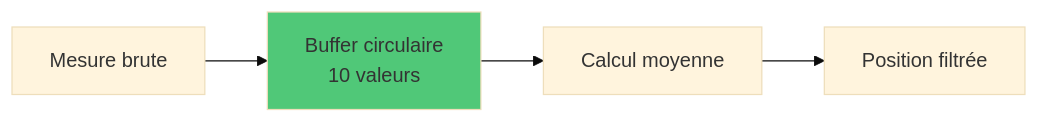
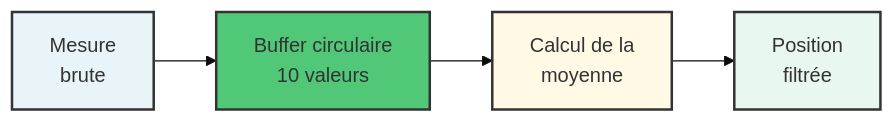
The fifth of 6 diagrams in README.md (axel-g-dev/Projet-Verin-commande), drawn with Mermaid (base theme) before and after one commit. The commit also changed other lines of this file, not shown here.

Commit message:
Fix Mermaid diagrams: remove special characters and improve readability

````diff
--- a/README.md
+++ b/README.md
@@ -267,8 +267,11 @@
 ```mermaid
 graph LR
-    A[Mesure brute] --> B[Buffer circulaire<br/>10 valeurs]
-    B --> C[Calcul moyenne]
-    C --> D[Position filtrée]
+    A["Mesure<br/>brute"] --> B["Buffer circulaire<br/>10 valeurs"]
+    B --> C["Calcul de la<br/>moyenne"]
+    C --> D["Position<br/>filtrée"]
     
-    style B fill:#50c878
+    style B fill:#50c878,stroke:#333,stroke-width:2px
+    style A fill:#e8f4f8,stroke:#333,stroke-width:2px
+    style C fill:#fff9e6,stroke:#333,stroke-width:2px
+    style D fill:#e8f8f0,stroke:#333,stroke-width:2px
 ```
````
